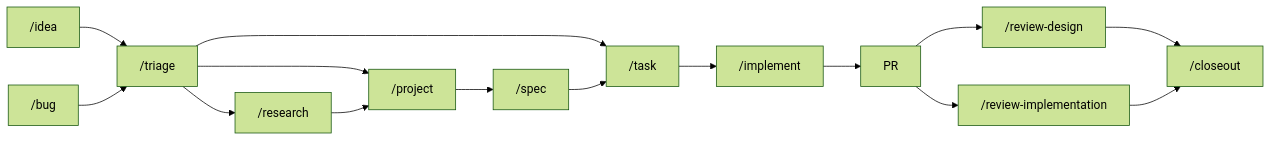
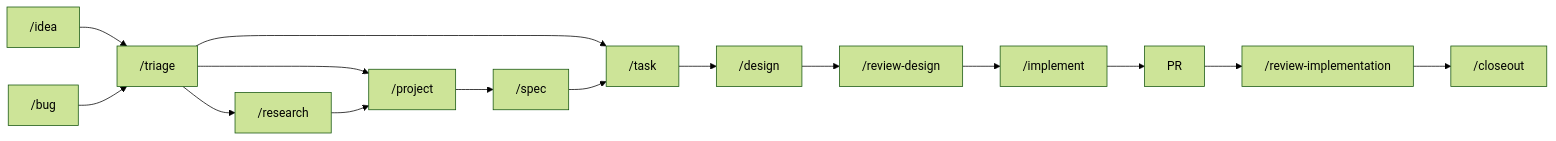
The diagram in docs/spec/development-lifecycle.md (Cogni-DAO/node-template), drawn with Mermaid (forest theme) before and after one commit. The commit also changed 2 other files, not shown here.

Commit message:
docs: update design/implement commands, add OpenClaw design skill
- design.md: refined phases and simplicity-first rules
- implement.md: updated workflow guidance
- OpenClaw design skill: agent-facing design prompt
- development-lifecycle.md: minor spec updates

````diff
--- a/docs/spec/development-lifecycle.md
+++ b/docs/spec/development-lifecycle.md
@@ -33,17 +33,17 @@
 ```mermaid
 graph LR
   idea["/idea"] --> triage["/triage"]
   bug["/bug"] --> triage
   triage --> research["/research"]
   triage --> project["/project"]
   triage --> task["/task"]
   research --> project
   project --> spec["/spec"]
   spec --> task
-  task --> implement["/implement"]
+  task --> design["/design"]
+  design --> review_d["/review-design"]
+  review_d --> implement["/implement"]
   implement --> PR
-  PR --> review_d["/review-design"]
   PR --> review_i["/review-implementation"]
-  review_d --> closeout["/closeout"]
-  review_i --> closeout
+  review_i --> closeout["/closeout"]
 ```
````
